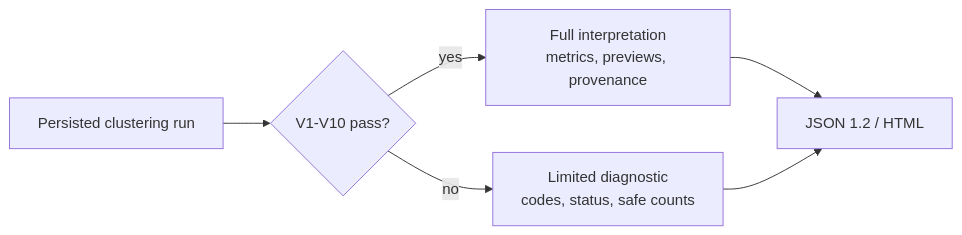
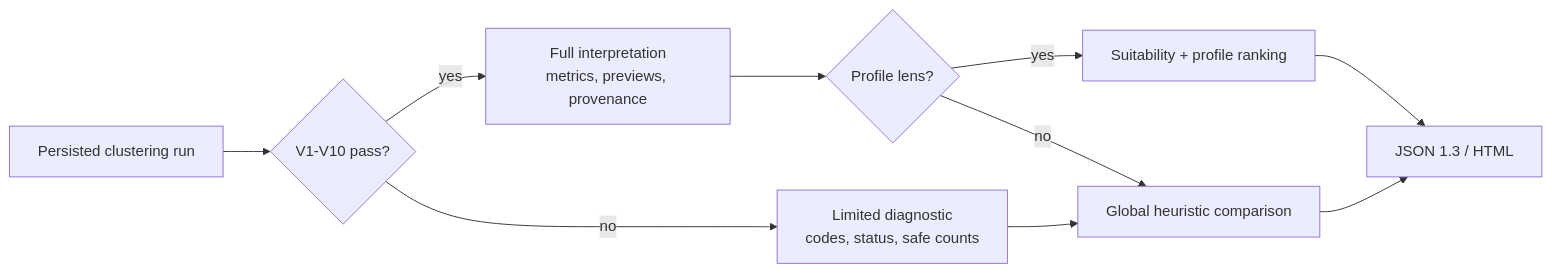
Before and after one commit to orenlab/codeclone: the diagram in docs/guide/analytics/overview.md, drawn with Mermaid. The commit also changed other lines of this file and 37 other files, not shown here.

Commit message:
feat(analytics): add profile control plane with manifests, suitability, and ranked sweeps

````diff
--- a/docs/guide/analytics/overview.md
+++ b/docs/guide/analytics/overview.md
@@ -53,8 +68,12 @@
 ```mermaid
 flowchart LR
     R["Persisted clustering run"] --> V{"V1-V10 pass?"}
     V -->|"yes"| F["Full interpretation<br/>metrics, previews, provenance"]
     V -->|"no"| L["Limited diagnostic<br/>codes, status, safe counts"]
-    F --> O["JSON 1.2 / HTML"]
+    F --> P{"Profile lens?"}
+    P -->|"yes"| S["Suitability + profile ranking"]
+    P -->|"no"| O["Global heuristic comparison"]
+    S --> O2["JSON 1.3 / HTML"]
+    O --> O2
     L --> O
 ```
````
